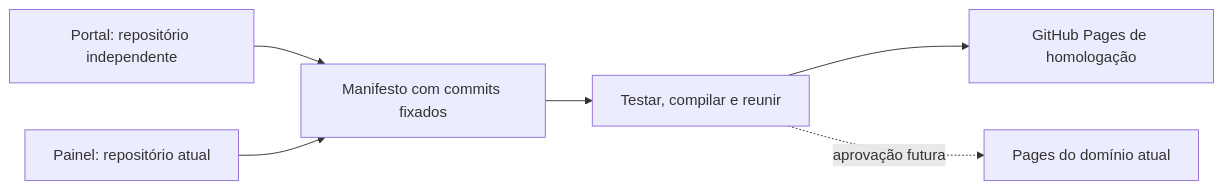
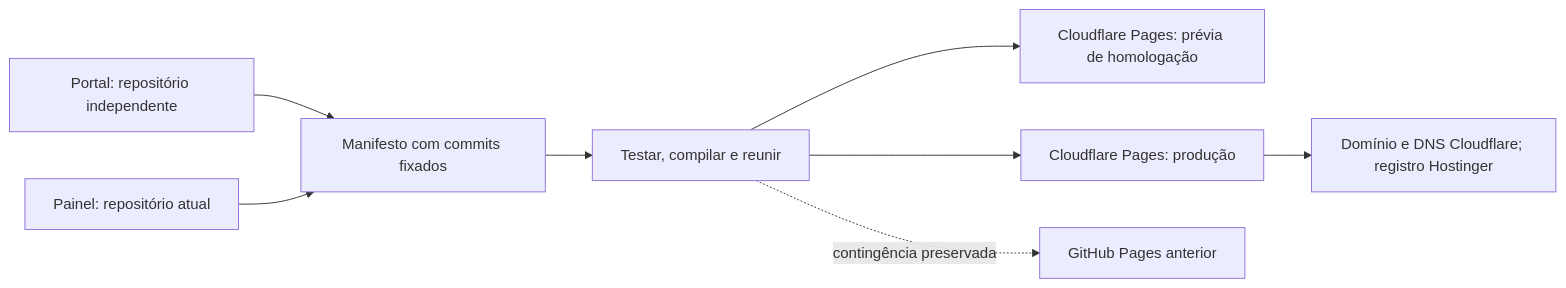
The diagram in docs/expansao/OPERACAO.md (VictorFBio/sala-situacao-unai-v2), drawn with Mermaid before and after one commit. The commit also changed other lines of this file and 2 other files, not shown here.

Commit message:
Documentar ativacao do dominio Cloudflare e recuperacao

````diff
--- a/docs/expansao/OPERACAO.md
+++ b/docs/expansao/OPERACAO.md
@@ -13,8 +13,10 @@
 ```mermaid
 flowchart LR
   P[Portal: repositório independente] --> M[Manifesto com commits fixados]
   I[Painel: repositório atual] --> M
   M --> C[Testar, compilar e reunir]
-  C --> H[GitHub Pages de homologação]
-  C -. aprovação futura .-> D[Pages do domínio atual]
+  C --> H[Cloudflare Pages: prévia de homologação]
+  C --> D[Cloudflare Pages: produção]
+  D --> DNS[Domínio e DNS Cloudflare; registro Hostinger]
+  C -. contingência preservada .-> G[GitHub Pages anterior]
 ```
````
